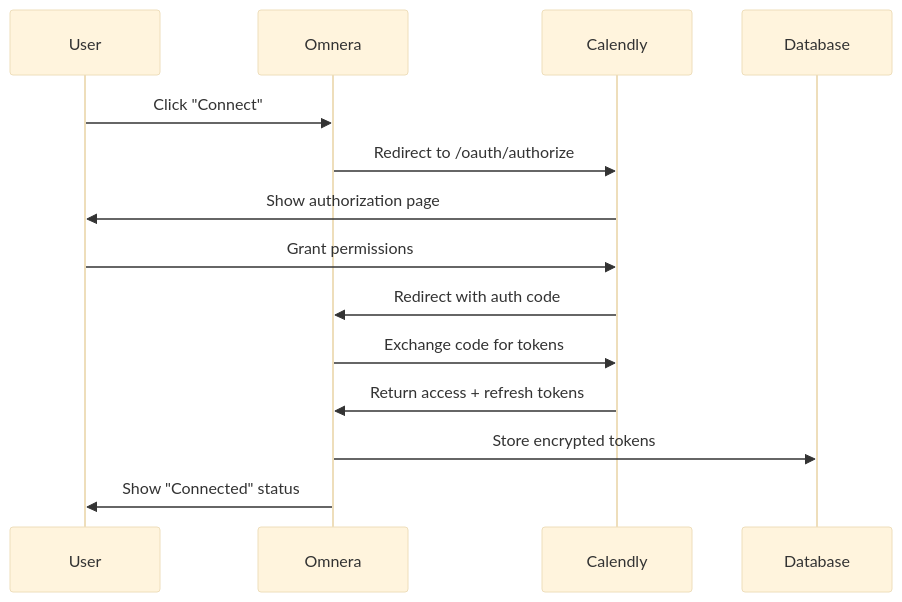
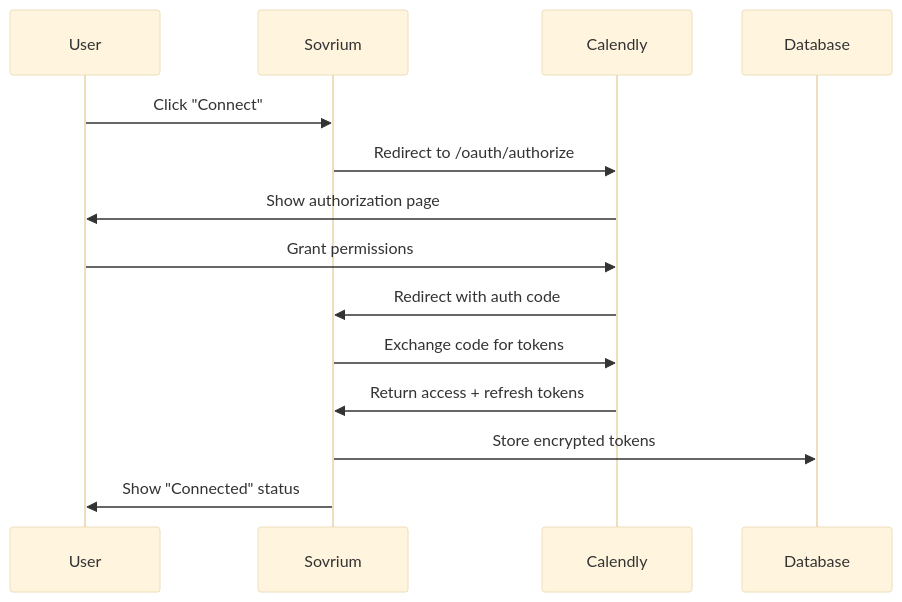
Before and after one commit to omnera-dev/omnera-v2: the diagram in specs/app/connections/calendly-connection/README.md, drawn with Mermaid (base theme). The commit also changed other lines of this file and 218 other files, not shown here.

````diff
--- a/specs/app/connections/calendly-connection/README.md
+++ b/specs/app/connections/calendly-connection/README.md
@@ -70,12 +70,12 @@
 ```mermaid
 sequenceDiagram
-    User->>Omnera: Click "Connect"
-    Omnera->>Calendly: Redirect to /oauth/authorize
+    User->>Sovrium: Click "Connect"
+    Sovrium->>Calendly: Redirect to /oauth/authorize
     Calendly->>User: Show authorization page
     User->>Calendly: Grant permissions
-    Calendly->>Omnera: Redirect with auth code
-    Omnera->>Calendly: Exchange code for tokens
-    Calendly->>Omnera: Return access + refresh tokens
-    Omnera->>Database: Store encrypted tokens
-    Omnera->>User: Show "Connected" status
+    Calendly->>Sovrium: Redirect with auth code
+    Sovrium->>Calendly: Exchange code for tokens
+    Calendly->>Sovrium: Return access + refresh tokens
+    Sovrium->>Database: Store encrypted tokens
+    Sovrium->>User: Show "Connected" status
 ```
````
